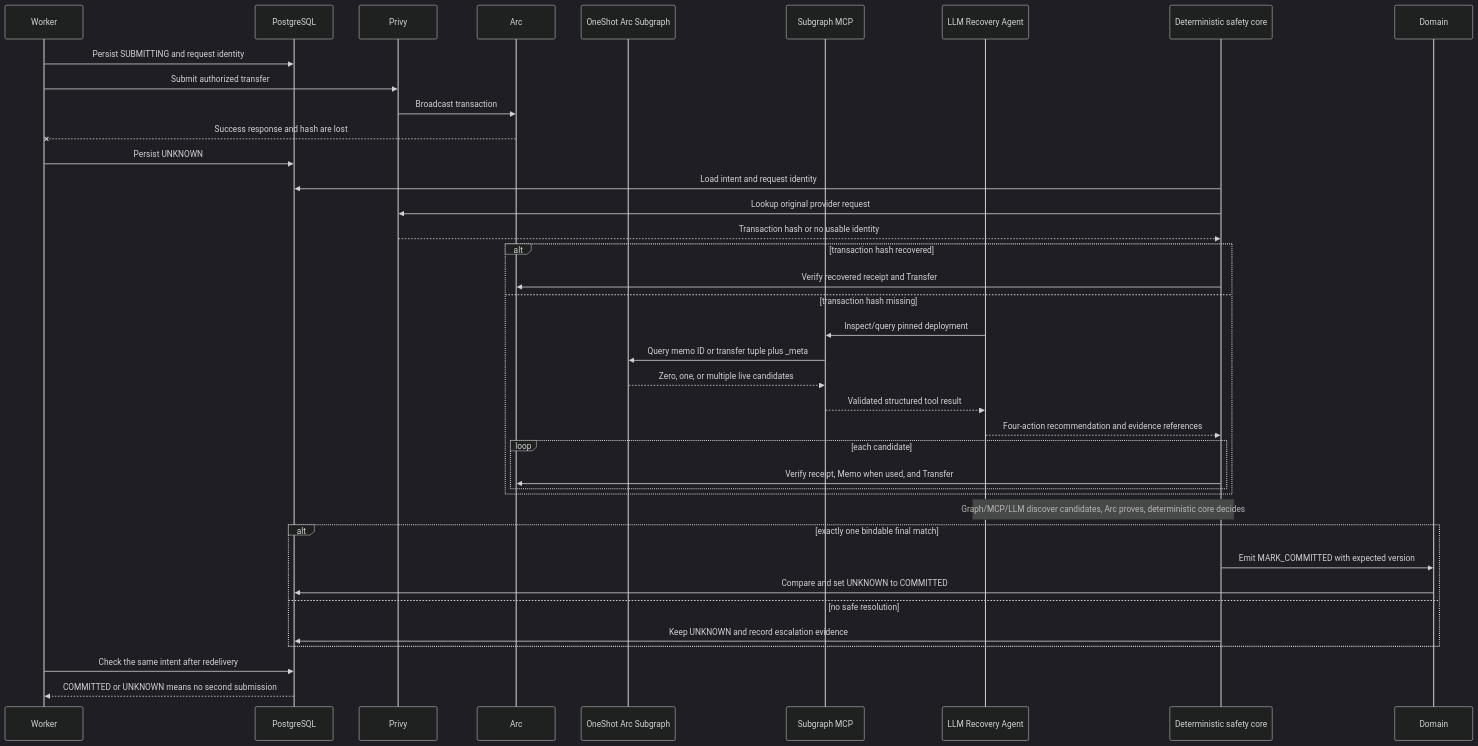
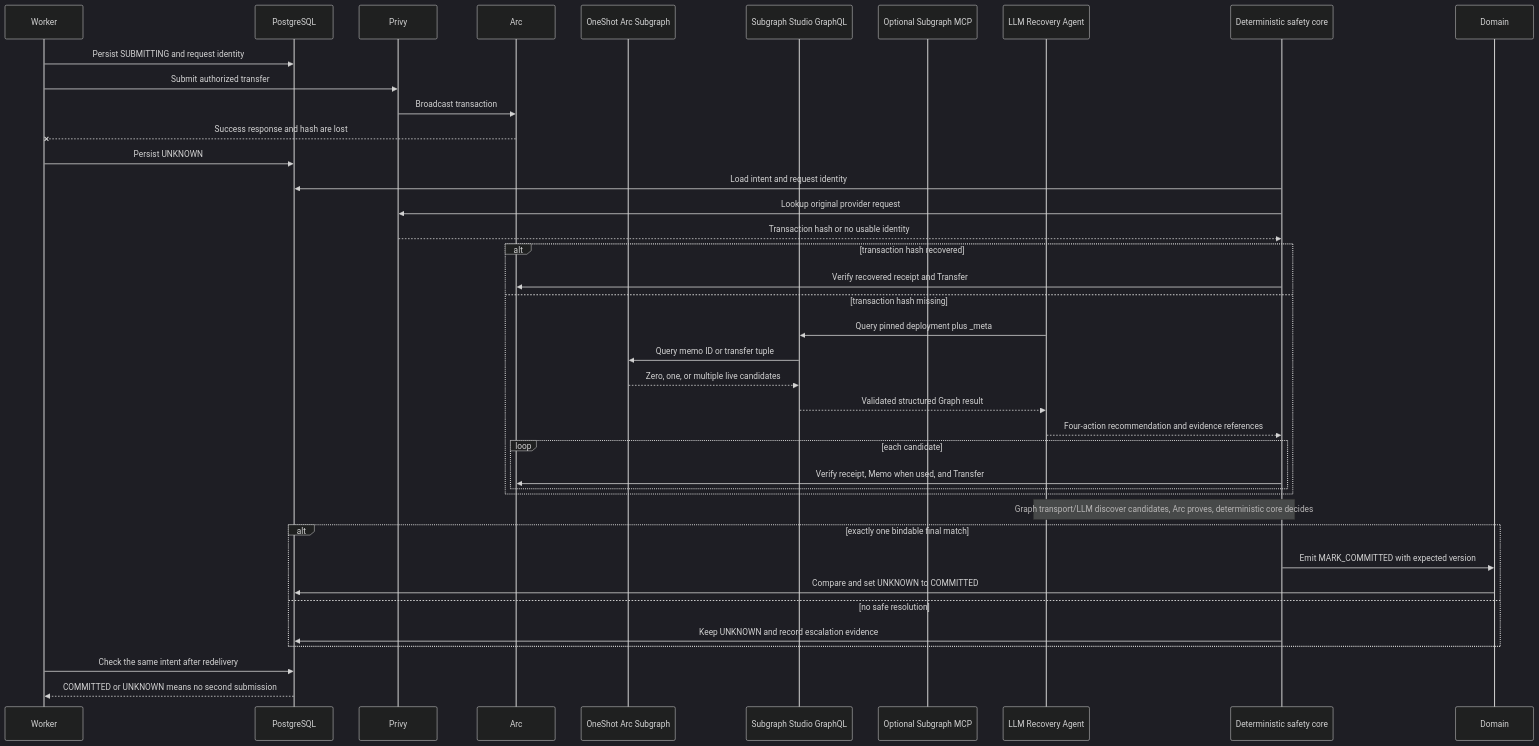
The fifth of 7 diagrams in docs/DOMAIN_ARCHITECTURE.md (SWOFART/OneShot), drawn with Mermaid (dark theme) before and after one commit. The commit also changed other lines of this file and 59 other files, not shown here.

Commit message:
feat: implement Graph Studio agent recovery

````diff
--- a/docs/DOMAIN_ARCHITECTURE.md
+++ b/docs/DOMAIN_ARCHITECTURE.md
@@ -169,42 +171,43 @@
 ```mermaid
 sequenceDiagram
     participant Worker
     participant DB as PostgreSQL
     participant Privy
     participant Arc
     participant Graph as OneShot Arc Subgraph
-    participant MCP as Subgraph MCP
+    participant Studio as Subgraph Studio GraphQL
+    participant MCP as Optional Subgraph MCP
     participant Agent as LLM Recovery Agent
     participant Reconciler as Deterministic safety core
     participant Domain
 
     Worker->>DB: Persist SUBMITTING and request identity
     Worker->>Privy: Submit authorized transfer
     Privy->>Arc: Broadcast transaction
     Arc--xWorker: Success response and hash are lost
     Worker->>DB: Persist UNKNOWN
     Reconciler->>DB: Load intent and request identity
     Reconciler->>Privy: Lookup original provider request
     Privy-->>Reconciler: Transaction hash or no usable identity
     alt transaction hash recovered
         Reconciler->>Arc: Verify recovered receipt and Transfer
     else transaction hash missing
-        Agent->>MCP: Inspect/query pinned deployment
-        MCP->>Graph: Query memo ID or transfer tuple plus _meta
-        Graph-->>MCP: Zero, one, or multiple live candidates
-        MCP-->>Agent: Validated structured tool result
+        Agent->>Studio: Query pinned deployment plus _meta
+        Studio->>Graph: Query memo ID or transfer tuple
+        Graph-->>Studio: Zero, one, or multiple live candidates
+        Studio-->>Agent: Validated structured Graph result
         Agent-->>Reconciler: Four-action recommendation and evidence references
         loop each candidate
             Reconciler->>Arc: Verify receipt, Memo when used, and Transfer
         end
     end
-    Note over Agent,Reconciler: Graph/MCP/LLM discover candidates, Arc proves, deterministic core decides
+    Note over Agent,Reconciler: Graph transport/LLM discover candidates, Arc proves, deterministic core decides
     alt exactly one bindable final match
         Reconciler->>Domain: Emit MARK_COMMITTED with expected version
         Domain->>DB: Compare and set UNKNOWN to COMMITTED
     else no safe resolution
         Reconciler->>DB: Keep UNKNOWN and record escalation evidence
     end
     Worker->>DB: Check the same intent after redelivery
     DB-->>Worker: COMMITTED or UNKNOWN means no second submission
 ```
````
